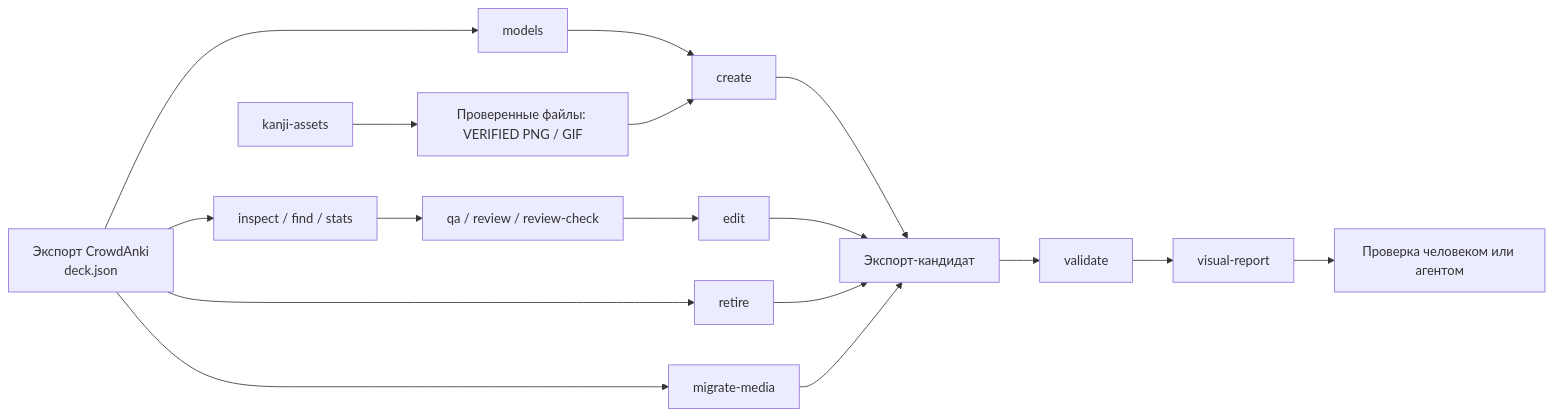
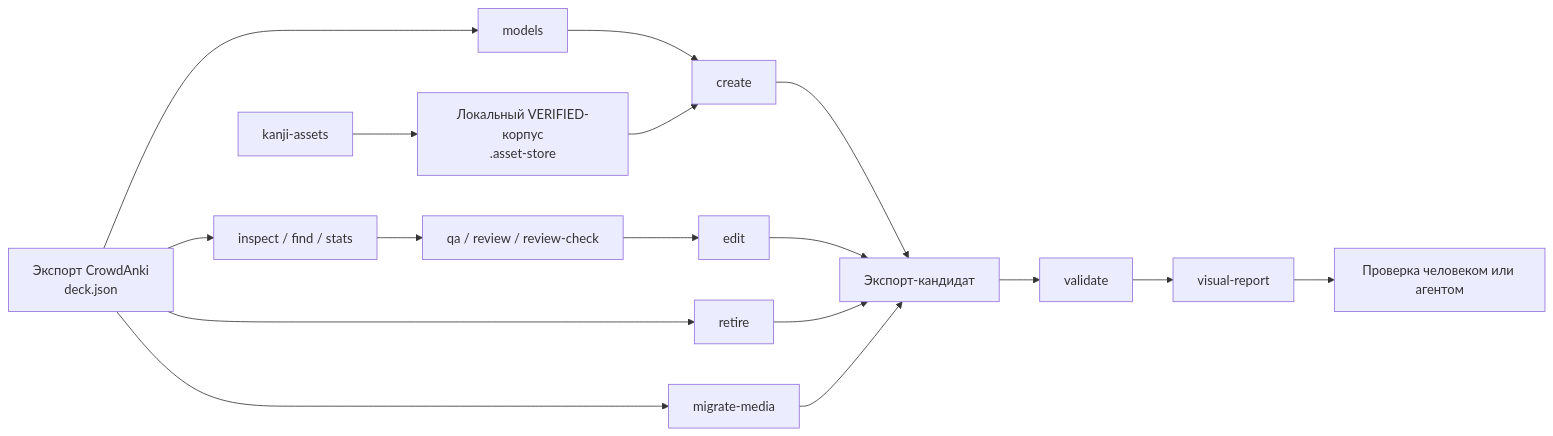
The diagram in README.md (AliceLiddell01/Anki-decks), drawn with Mermaid before and after one commit. The commit also changed other lines of this file and 47 other files, not shown here.

````diff
--- a/README.md
+++ b/README.md
@@ -46,22 +46,22 @@
 ```mermaid
 flowchart LR
     A["Экспорт CrowdAnki<br/>deck.json"] --> B["inspect / find / stats"]
     A --> C["models"]
     B --> D["qa / review / review-check"]
     C --> E["create"]
     D --> F["edit"]
     A --> G["retire"]
     A --> N["migrate-media"]
 
-    H["kanji-assets"] --> I["Проверенные файлы: VERIFIED PNG / GIF"]
+    H["kanji-assets"] --> I["Локальный VERIFIED-корпус<br/>.asset-store"]
     I --> E
 
     E --> J["Экспорт-кандидат"]
     F --> J
     G --> J
     N --> J
 
     J --> K["validate"]
     K --> L["visual-report"]
     L --> M["Проверка человеком или агентом"]
 ```
````
